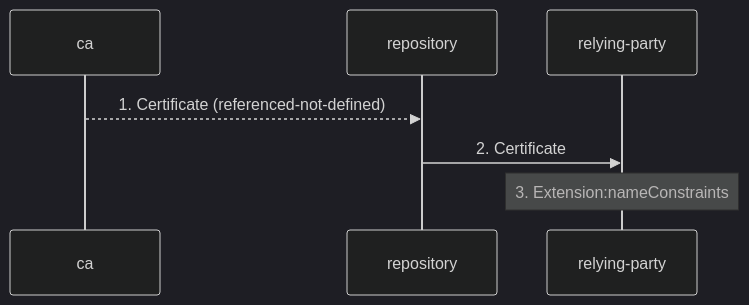
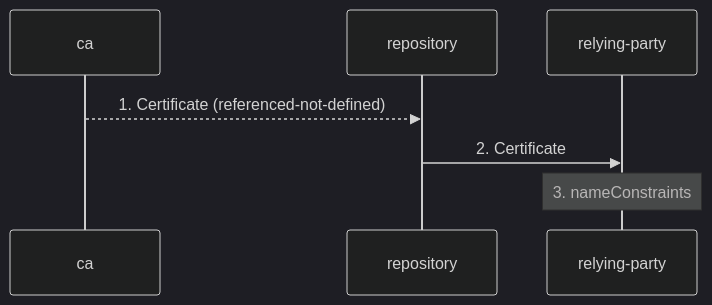
Diagram 12 of 15 in records/ietf/rfc-5280/distilled/protocol.md (m-of-n/library), drawn with Mermaid (dark theme) before and after one commit. The commit also changed other lines of this file and 7 other files, not shown here.

````diff
--- a/records/ietf/rfc-5280/distilled/protocol.md
+++ b/records/ietf/rfc-5280/distilled/protocol.md
@@ -393,9 +393,9 @@
 ```mermaid
 sequenceDiagram
   participant ca as ca
   participant repository as repository
   participant relying_party as relying-party
   ca-->>repository: 1. Certificate (referenced-not-defined)
   repository->>relying_party: 2. Certificate
-  Note over relying_party: 3. Extension:nameConstraints
+  Note over relying_party: 3. nameConstraints
 ```
````
